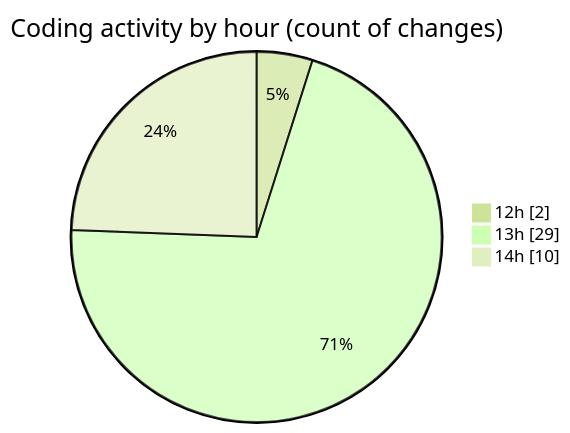
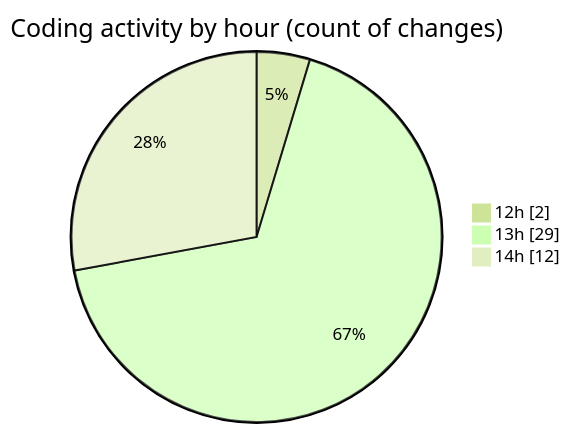
The second of 2 diagrams in 2025-06-20/studio-backend/README.md (idhammustaqopulfikri/code-tracking), drawn with Mermaid (forest theme) before and after one commit. The commit also changed other lines of this file and 1 other file, not shown here.

````diff
--- a/2025-06-20/studio-backend/README.md
+++ b/2025-06-20/studio-backend/README.md
@@ -34,7 +35,7 @@
 ```mermaid
 pie showData
 title Coding activity by hour (count of changes)
 "12h" : 2
 "13h" : 29
-"14h" : 10
+"14h" : 12
 ```
````
